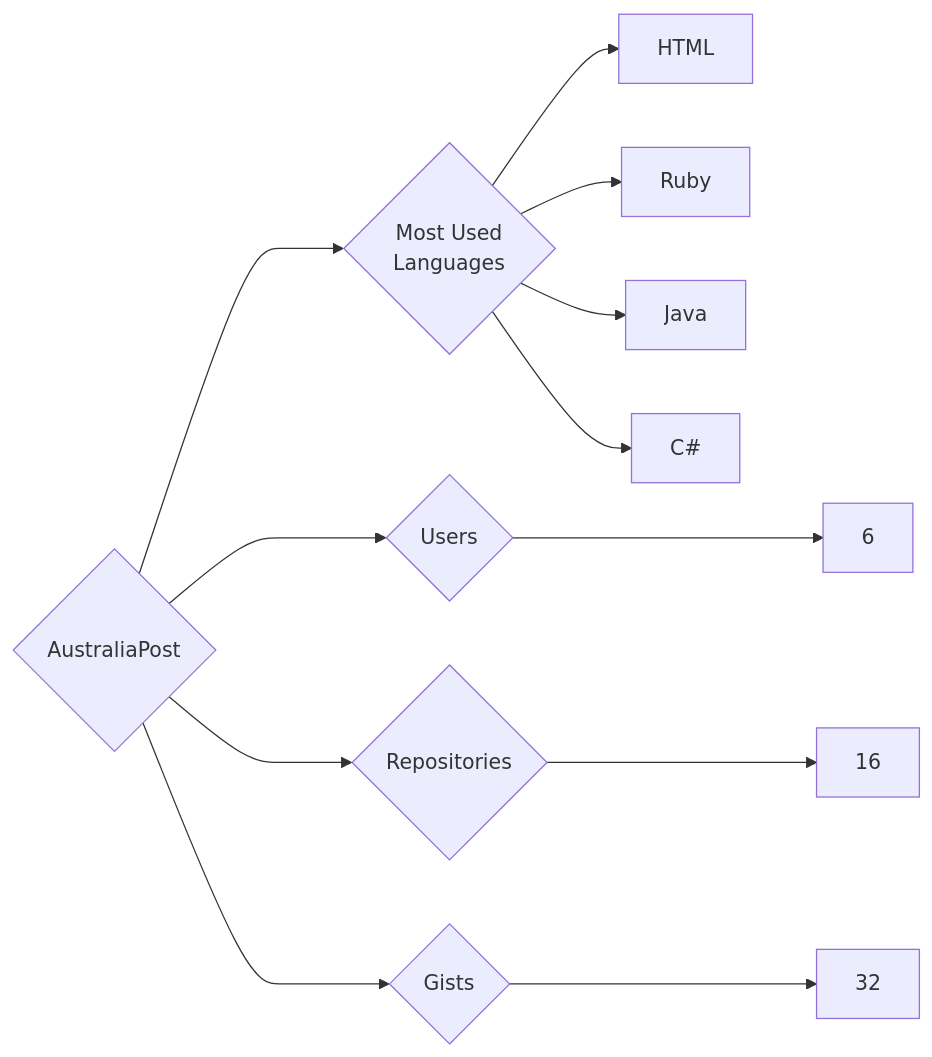
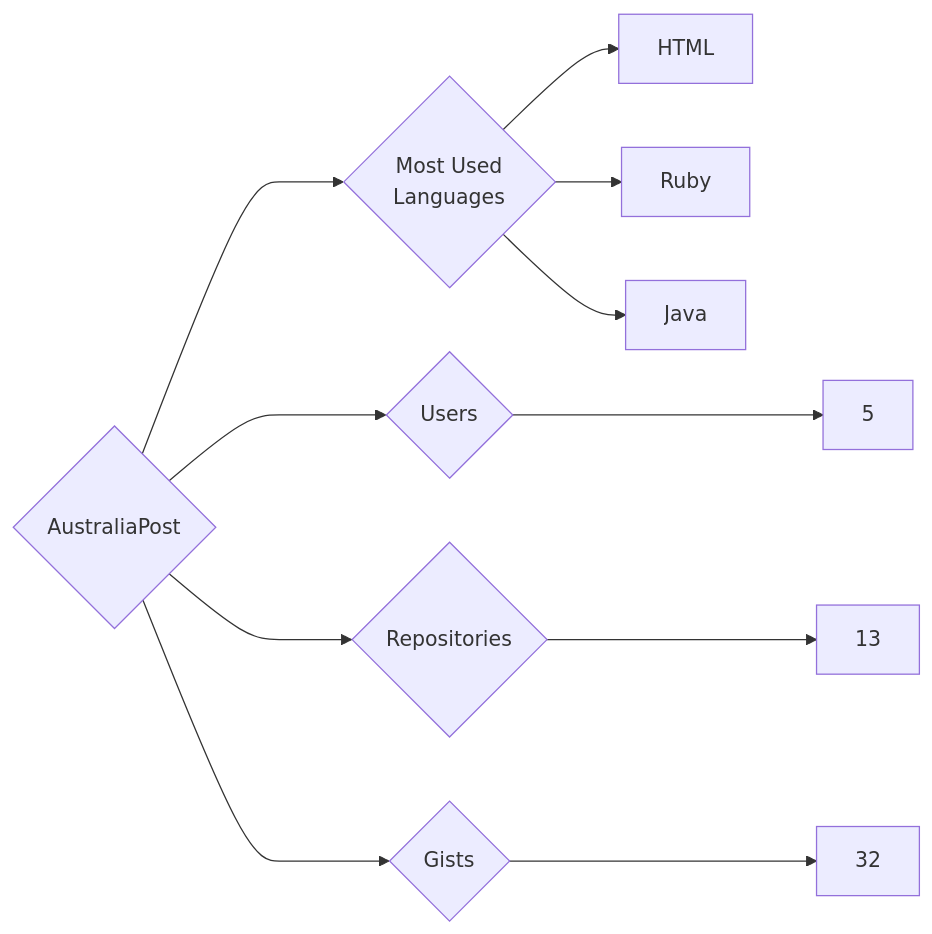
The diagram in targets/AustraliaPost/README.md (trickest/insiders), drawn with Mermaid before and after one commit. The commit also changed 880 other files, not shown here.

````diff
--- a/targets/AustraliaPost/README.md
+++ b/targets/AustraliaPost/README.md
@@ -3,12 +3,11 @@
 ```mermaid
 graph LR
 COMPANY_NAME{AustraliaPost}
-COMPANY_NAME ---> U{Users} ---> UN[6]
-COMPANY_NAME ---> R{Repositories} ---> RN[16]
+COMPANY_NAME ---> U{Users} ---> UN[5]
+COMPANY_NAME ---> R{Repositories} ---> RN[13]
 COMPANY_NAME ---> G{Gists} ---> GN[32]
 COMPANY_NAME ---> ML{Most Used<br>Languages}
 ML --> HTML[HTML]
 ML --> Ruby[Ruby]
 ML --> Java[Java]
-ML --> C#[C#]
 ```
````
